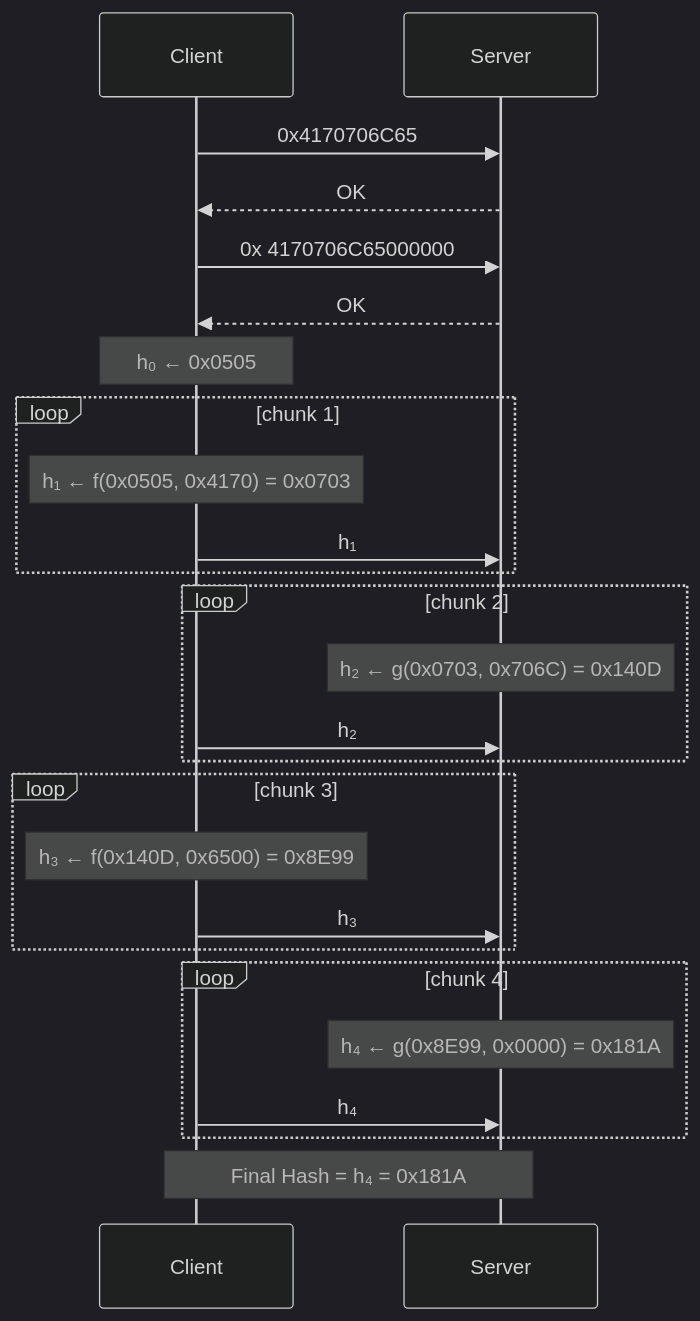
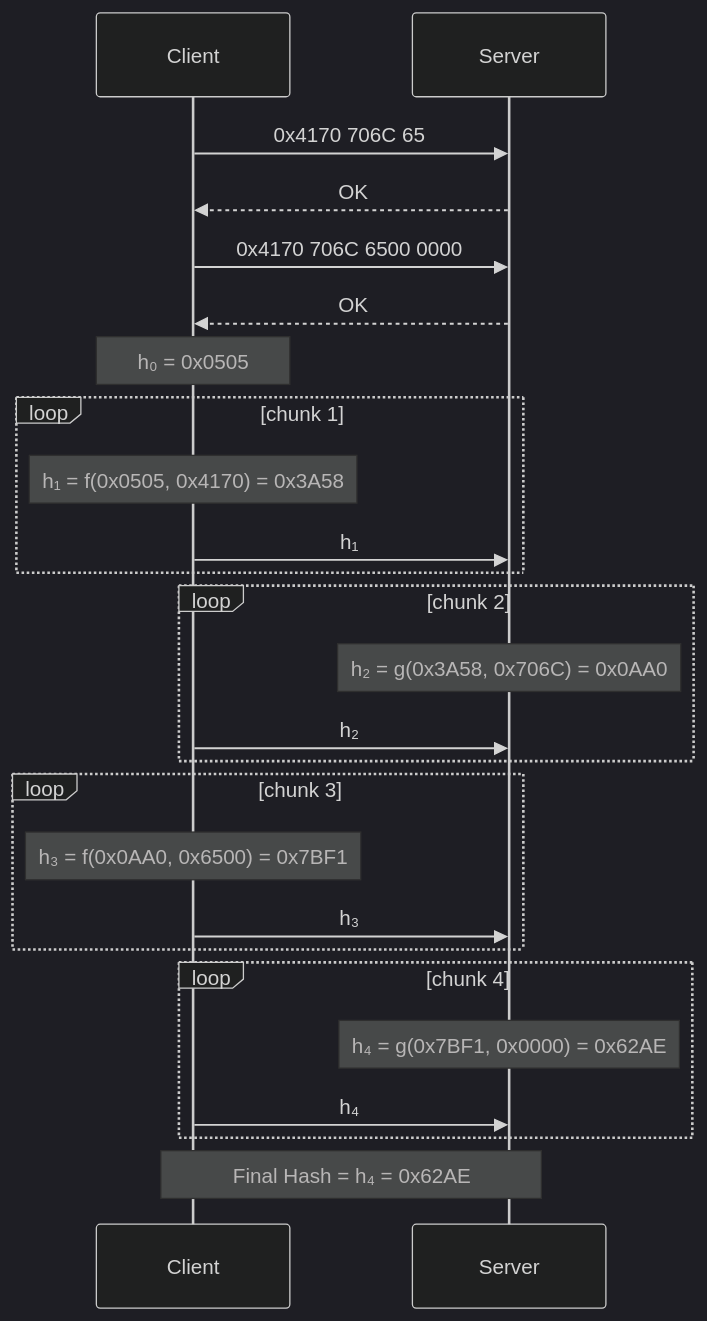
One commit to PeanutButterRat/cryptoserve changed the second of 2 diagrams in docs/source/exercises/simple_hash.rst. Above: the diagram before and after it, drawn with Mermaid (dark theme). The commit also changed other lines of this file and 10 other files, not shown here.

```diff
--- a/docs/source/exercises/simple_hash.rst
+++ b/docs/source/exercises/simple_hash.rst
@@ -154,35 +154,35 @@
 .. mermaid::
 
    sequenceDiagram
       participant Client
       participant Server
 
-      Client->>Server: 0x4170706C65
+      Client->>Server: 0x4170 706C 65
       Server-->>Client: OK
 
-      Client->>Server: 0x 4170706C65000000
+      Client->>Server: 0x4170 706C 6500 0000
       Server-->>Client: OK
 
-      Note over Client: h₀ ← 0x0505
+      Note over Client: h₀ = 0x0505
 
       loop chunk 1
-         Note over Client: h₁ ← f(0x0505, 0x4170) = 0x0703
+         Note over Client: h₁ = f(0x0505, 0x4170) = 0x3A58
          Client->>Server: h₁
       end
 
       loop chunk 2
-         Note over Server: h₂ ← g(0x0703, 0x706C) = 0x140D
+         Note over Server: h₂ = g(0x3A58, 0x706C) = 0x0AA0
          Client->>Server: h₂
       end
 
       loop chunk 3
-         Note over Client: h₃ ← f(0x140D, 0x6500) = 0x8E99
+         Note over Client: h₃ = f(0x0AA0, 0x6500) = 0x7BF1
          Client->>Server: h₃
       end
 
       loop chunk 4
-         Note over Server: h₄ ← g(0x8E99, 0x0000) = 0x181A
+         Note over Server: h₄ = g(0x7BF1, 0x0000) = 0x62AE
          Client->>Server: h₄
       end
 
-      Note over Client, Server: Final Hash = h₄ = 0x181A
+      Note over Client, Server: Final Hash = h₄ = 0x62AE
```
